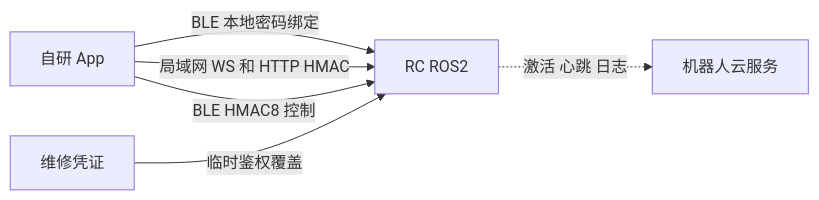
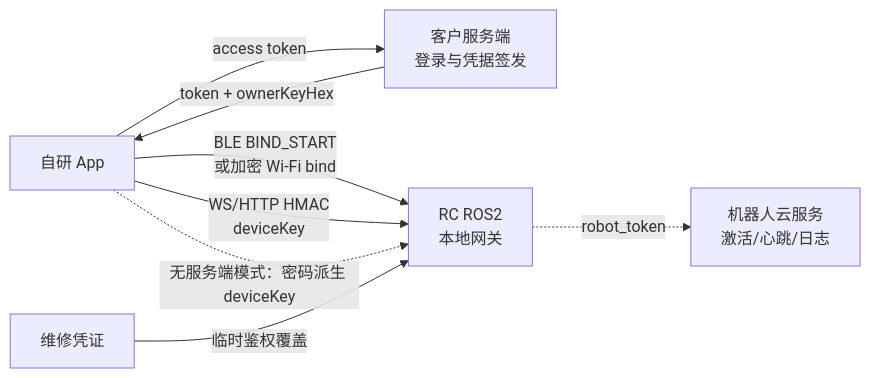
One commit to bxirobotics/BXI_Wiki changed the diagram in docs/software/new_backend_api.zh.md. Above: the diagram before and after it, drawn with Mermaid. The commit also changed other lines of this file and 1 other file, not shown here.

````diff
--- a/docs/software/new_backend_api.zh.md
+++ b/docs/software/new_backend_api.zh.md
@@ -26,8 +26,16 @@
 ```mermaid
 flowchart LR
-    A[自研 App] -->|BLE 本地密码绑定| R[RC ROS2]
-    A -->|局域网 WS 和 HTTP HMAC| R
-    A -->|BLE HMAC8 控制| R
-    M[维修凭证] -->|临时鉴权覆盖| R
-    R -.->|激活 心跳 日志| C[机器人云服务]
+    A[自研 App]
+    S[客户服务端<br/>登录与凭据签发]
+    R[RC ROS2<br/>本地网关]
+    C[机器人云服务<br/>激活/心跳/日志]
+    M[维修凭证]
+
+    A -->|access token| S
+    S -->|token + ownerKeyHex| A
+    A -->|BLE BIND_START<br/>或加密 Wi-Fi bind| R
+    A -->|WS/HTTP HMAC<br/>deviceKey| R
+    A -.->|无服务端模式：密码派生 deviceKey| R
+    M -->|临时鉴权覆盖| R
+    R -.->|robot_token| C
 ```
````
